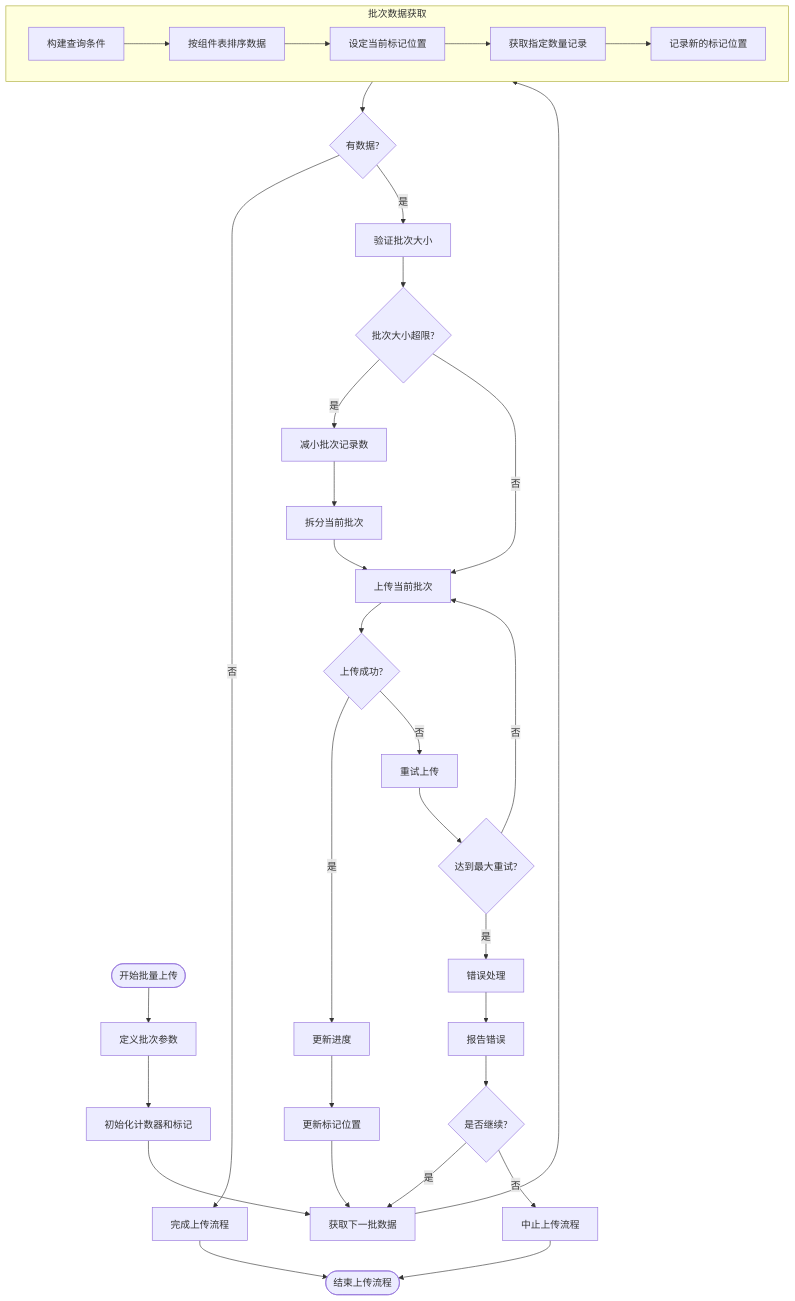
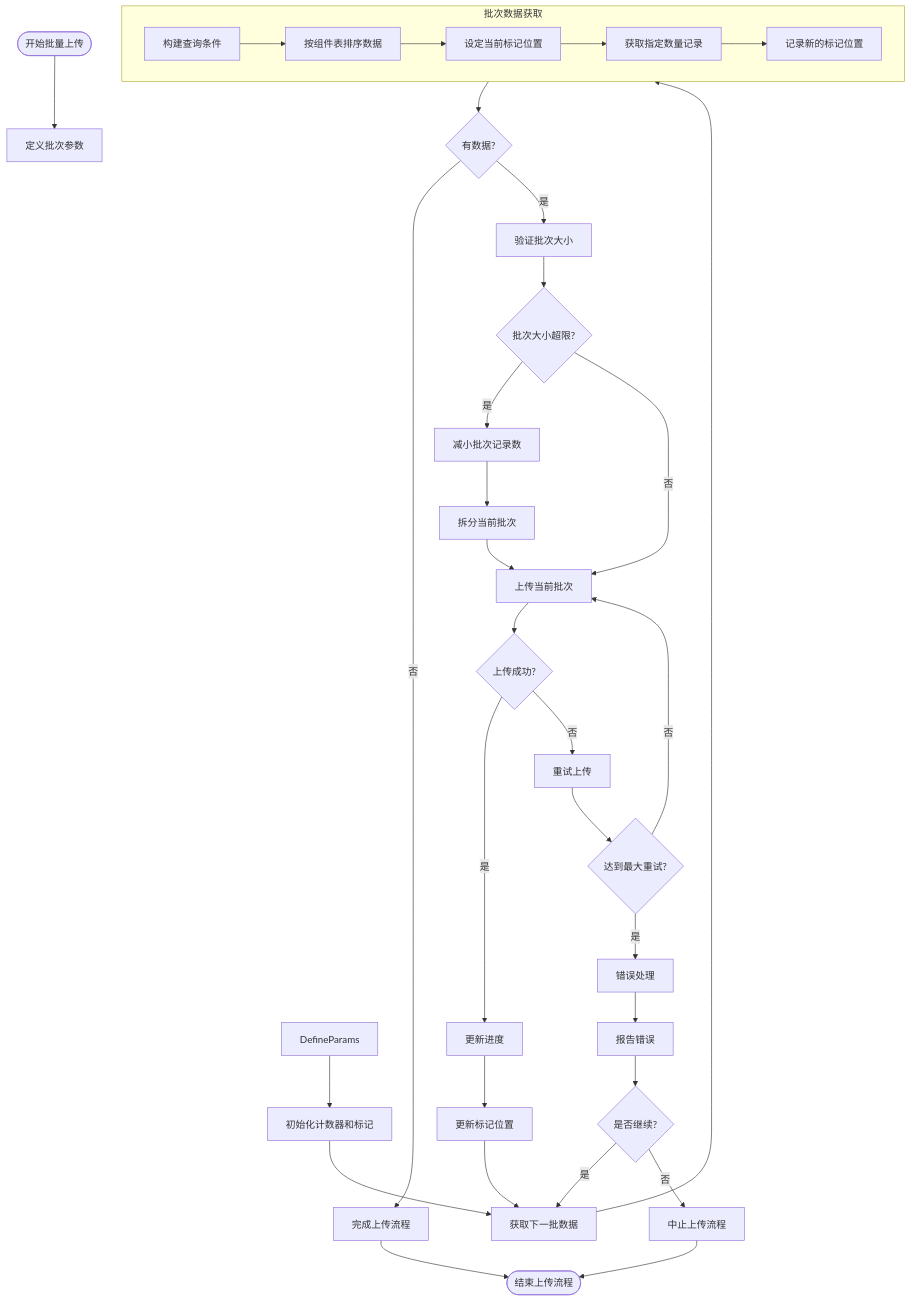
Before and after one commit to yingjianzh/iodraw-files: the diagram in all/未命名-51.md, drawn with Mermaid.

Commit message:
2025-05-08 17:21:50 update

````diff
--- a/all/未命名-51.md
+++ b/all/未命名-51.md
@@ -1,46 +1,46 @@
 ```mermaid
 flowchart TD
-    Start([开始批量上传]) --> DefineParams[定义批次参数]
+    Start([开始批量上传]) --> UploadData[定义批次参数]
     DefineParams --> InitCounters[初始化计数器和标记]
     
     InitCounters --> FetchNextBatch[获取下一批数据]
     
     subgraph BatchFetch [批次数据获取]
         A[构建查询条件] --> B[按组件表排序数据]
         B --> C[设定当前标记位置]
         C --> D[获取指定数量记录]
         D --> E[记录新的标记位置]
     end
     
     FetchNextBatch --> BatchFetch
     
     BatchFetch --> CheckResults{有数据?}
     CheckResults -->|否| CompleteUpload[完成上传流程]
     CheckResults -->|是| ValidateBatch[验证批次大小]
     
     ValidateBatch --> SizeTooLarge{批次大小超限?}
     SizeTooLarge -->|是| AdjustBatchSize[减小批次记录数]
     SizeTooLarge -->|否| UploadBatch[上传当前批次]
     
     AdjustBatchSize --> SplitBatch[拆分当前批次]
     SplitBatch --> UploadBatch
     
     UploadBatch --> UploadSuccess{上传成功?}
     UploadSuccess -->|是| UpdateProgress[更新进度]
     UploadSuccess -->|否| RetryUpload[重试上传]
     
     RetryUpload --> MaxRetries{达到最大重试?}
     MaxRetries -->|否| UploadBatch
     MaxRetries -->|是| ErrorHandling[错误处理]
     
     ErrorHandling --> ReportError[报告错误]
     ReportError --> ContinueOption{是否继续?}
     ContinueOption -->|是| FetchNextBatch
     ContinueOption -->|否| AbortProcess[中止上传流程]
     
     UpdateProgress --> UpdateMarker[更新标记位置]
     UpdateMarker --> FetchNextBatch
     
     CompleteUpload --> End([结束上传流程])
     AbortProcess --> End
 ```
````
